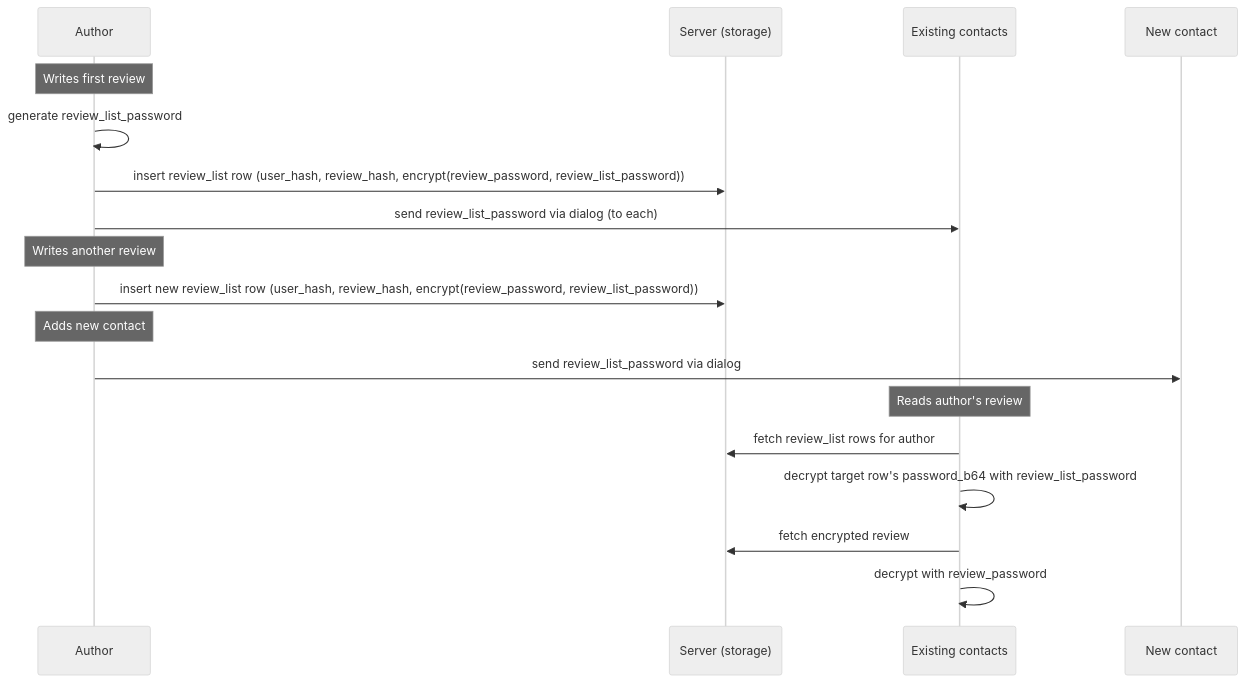
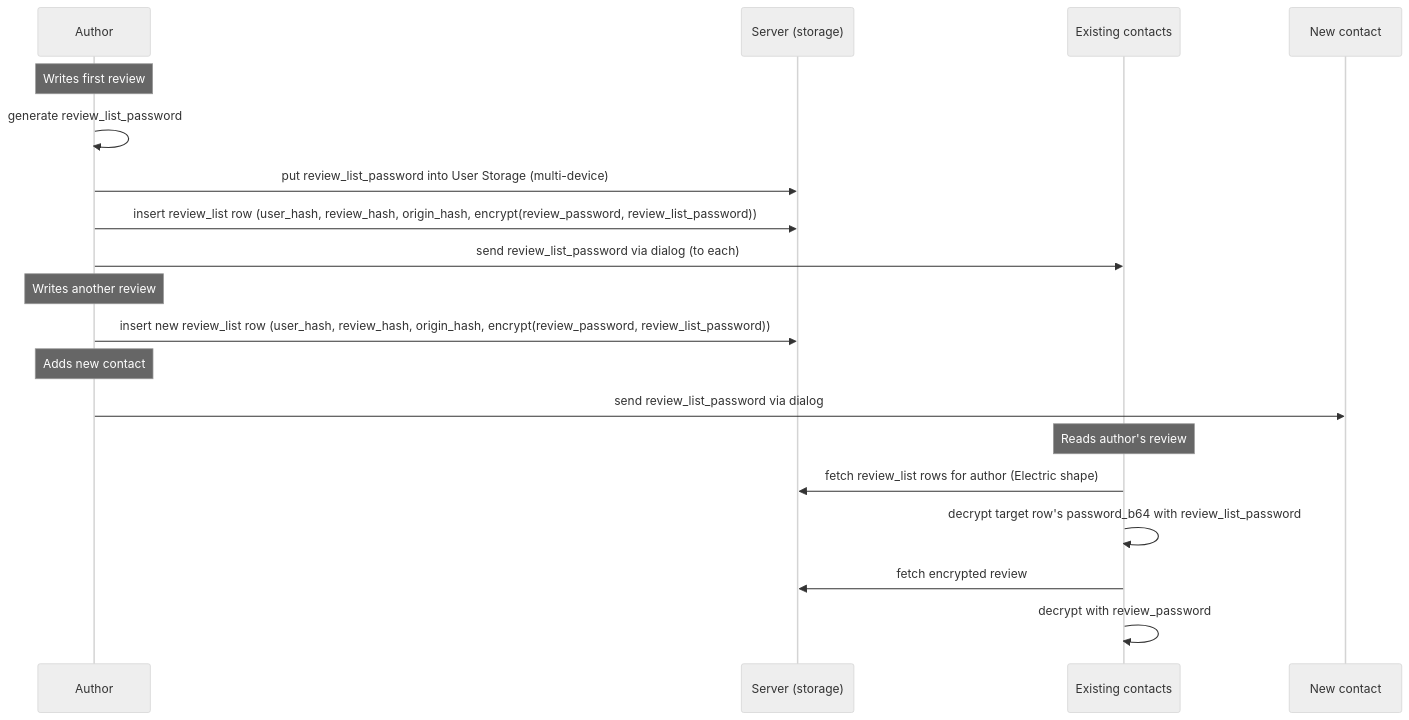
Before and after one commit to Buckitup-chat/chat: the first of 4 diagrams in docs/proposal/reviews.md, drawn with Mermaid (neutral theme). The commit also changed other lines of this file and 10 other files, not shown here.

````diff
--- a/docs/proposal/reviews.md
+++ b/docs/proposal/reviews.md
@@ -104,24 +108,25 @@
 ```mermaid
 sequenceDiagram
     participant A as Author
     participant S as Server (storage)
     participant C as Existing contacts
     participant N as New contact
 
     Note over A: Writes first review
     A->>A: generate review_list_password
-    A->>S: insert review_list row (user_hash, review_hash, encrypt(review_password, review_list_password))
+    A->>S: put review_list_password into User Storage (multi-device)
+    A->>S: insert review_list row (user_hash, review_hash, origin_hash, encrypt(review_password, review_list_password))
     A->>C: send review_list_password via dialog (to each)
 
     Note over A: Writes another review
-    A->>S: insert new review_list row (user_hash, review_hash, encrypt(review_password, review_list_password))
+    A->>S: insert new review_list row (user_hash, review_hash, origin_hash, encrypt(review_password, review_list_password))
 
     Note over A: Adds new contact
     A->>N: send review_list_password via dialog
 
     Note over C: Reads author's review
-    C->>S: fetch review_list rows for author
+    C->>S: fetch review_list rows for author (Electric shape)
     C->>C: decrypt target row's password_b64 with review_list_password
     C->>S: fetch encrypted review
     C->>C: decrypt with review_password
 ```
````
